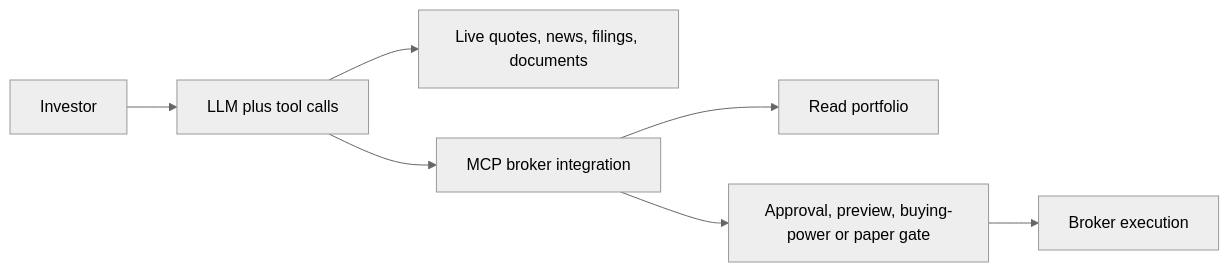
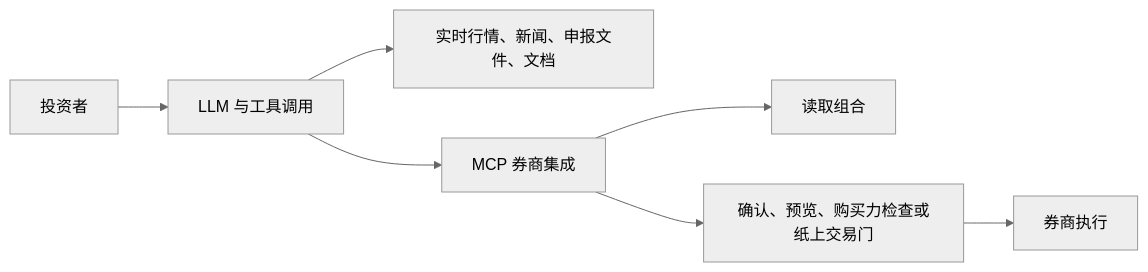
Before and after one commit to ophis/PUBLIC_DOCS: the second of 2 diagrams in Research/TASK-12-ai-agents-personal-investing.md, drawn with Mermaid (neutral theme). The commit also changed other lines of this file, not shown here.

````diff
--- a/Research/TASK-12-ai-agents-personal-investing.md
+++ b/Research/TASK-12-ai-agents-personal-investing.md
@@ -397,9 +481,9 @@
 ```mermaid
 flowchart LR
-  U[Investor] --> L[LLM plus tool calls]
-  L --> D[Live quotes, news, filings, documents]
-  L --> M[MCP broker integration]
-  M --> P[Read portfolio]
-  M --> G[Approval, preview, buying-power or paper gate]
-  G --> E[Broker execution]
+  U[投资者] --> L[LLM 与工具调用]
+  L --> D[实时行情、新闻、申报文件、文档]
+  L --> M[MCP 券商集成]
+  M --> P[读取组合]
+  M --> G[确认、预览、购买力检查或纸上交易门]
+  G --> E[券商执行]
 ```
````
